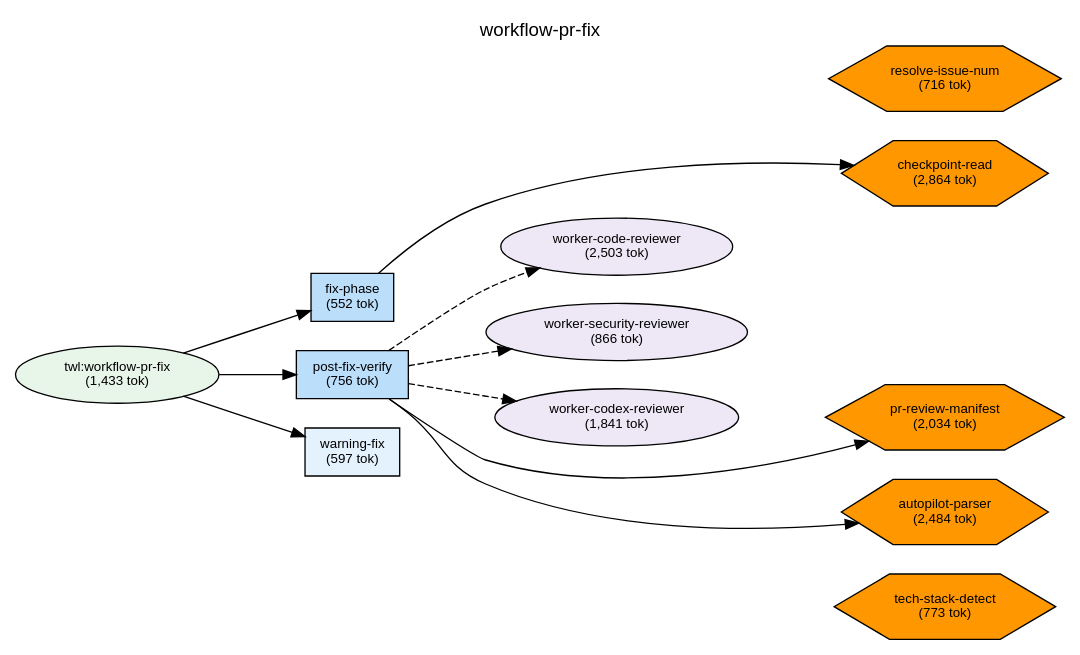
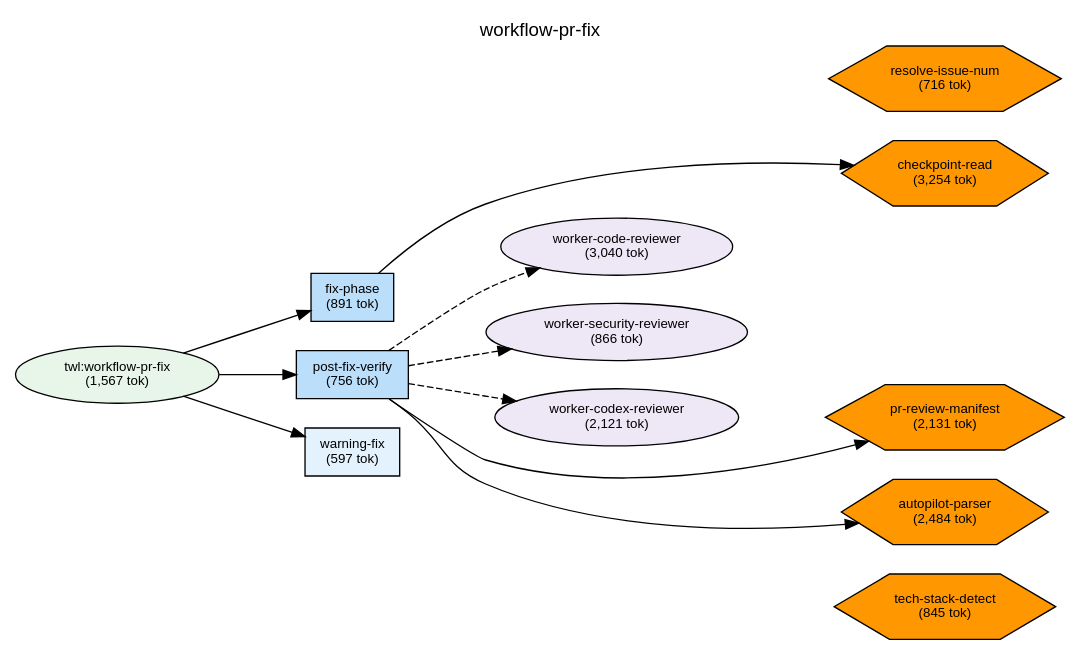
Before and after one commit to shuu5/twill: the diagram in plugins/twl/docs/deps-workflow-pr-fix.dot, drawn with Graphviz. The commit also changed 41 other files, not shown here.

```diff
--- a/plugins/twl/docs/deps-workflow-pr-fix.dot
+++ b/plugins/twl/docs/deps-workflow-pr-fix.dot
@@ -1,73 +1,73 @@
 digraph Dependencies {
     // Graph settings
     rankdir=LR;
     ranksep=0.8;
     nodesep=0.3;
     fontname="Helvetica";
     node [fontname="Helvetica", fontsize=10];
     edge [fontname="Helvetica", fontsize=9];
     label="workflow-pr-fix";
     labelloc=t;
     fontsize=14;
 
     // L0: Controller Skills
 
     // L0: Launchers
 
     // L0.5: Workflow Skills
-    skill_workflow_pr_fix [label="twl:workflow-pr-fix\n(1,433 tok)", shape=ellipse, style=filled, fillcolor="#e8f5e9"];
+    skill_workflow_pr_fix [label="twl:workflow-pr-fix\n(1,567 tok)", shape=ellipse, style=filled, fillcolor="#e8f5e9"];
 
     // Reference Skills
 
     // L1: Direct Commands
     cmd_post_fix_verify [label="post-fix-verify\n(756 tok)", shape=box, style=filled, fillcolor="#bbdefb"];
     cmd_warning_fix [label="warning-fix\n(597 tok)", shape=box, style=filled, fillcolor="#e3f2fd"];
-    cmd_fix_phase [label="fix-phase\n(552 tok)", shape=box, style=filled, fillcolor="#bbdefb"];
+    cmd_fix_phase [label="fix-phase\n(891 tok)", shape=box, style=filled, fillcolor="#bbdefb"];
 
     // L2: Sub Commands
 
     // L3: Agents
-    agent_worker_codex_reviewer [label="worker-codex-reviewer\n(1,841 tok)", shape=ellipse, style=filled, fillcolor="#ede7f6"];
-    agent_worker_code_reviewer [label="worker-code-reviewer\n(2,503 tok)", shape=ellipse, style=filled, fillcolor="#ede7f6"];
+    agent_worker_codex_reviewer [label="worker-codex-reviewer\n(2,121 tok)", shape=ellipse, style=filled, fillcolor="#ede7f6"];
+    agent_worker_code_reviewer [label="worker-code-reviewer\n(3,040 tok)", shape=ellipse, style=filled, fillcolor="#ede7f6"];
     agent_worker_security_reviewer [label="worker-security-reviewer\n(866 tok)", shape=ellipse, style=filled, fillcolor="#ede7f6"];
 
     // L3.5: Scripts
-    script_tech_stack_detect [label="tech-stack-detect\n(773 tok)", shape=hexagon, style=filled, fillcolor="#FF9800"];
+    script_tech_stack_detect [label="tech-stack-detect\n(845 tok)", shape=hexagon, style=filled, fillcolor="#FF9800"];
     script_autopilot_parser [label="autopilot-parser\n(2,484 tok)", shape=hexagon, style=filled, fillcolor="#FF9800"];
     script_resolve_issue_num [label="resolve-issue-num\n(716 tok)", shape=hexagon, style=filled, fillcolor="#FF9800"];
-    script_pr_review_manifest [label="pr-review-manifest\n(2,034 tok)", shape=hexagon, style=filled, fillcolor="#FF9800"];
-    script_checkpoint_read [label="checkpoint-read\n(2,864 tok)", shape=hexagon, style=filled, fillcolor="#FF9800"];
+    script_pr_review_manifest [label="pr-review-manifest\n(2,131 tok)", shape=hexagon, style=filled, fillcolor="#FF9800"];
+    script_checkpoint_read [label="checkpoint-read\n(3,254 tok)", shape=hexagon, style=filled, fillcolor="#FF9800"];
 
     // L4: External
 
     // Layer constraints
     { rank=same; skill_workflow_pr_fix; }
     { rank=same; cmd_post_fix_verify; cmd_warning_fix; cmd_fix_phase; }
     { rank=same; agent_worker_codex_reviewer; agent_worker_code_reviewer; agent_worker_security_reviewer; }
     { rank=same; script_tech_stack_detect; script_autopilot_parser; script_resolve_issue_num; script_pr_review_manifest; script_checkpoint_read; }
 
     // Edges
     skill_workflow_pr_fix -> cmd_fix_phase;
     skill_workflow_pr_fix -> cmd_post_fix_verify;
     skill_workflow_pr_fix -> cmd_warning_fix;
     cmd_post_fix_verify -> agent_worker_code_reviewer [style=dashed];
     cmd_post_fix_verify -> agent_worker_security_reviewer [style=dashed];
     cmd_post_fix_verify -> agent_worker_codex_reviewer [style=dashed];
     cmd_post_fix_verify -> script_pr_review_manifest;
     cmd_post_fix_verify -> script_autopilot_parser;
     cmd_fix_phase -> script_checkpoint_read;
 
     // Ordering constraints (invisible edges)
     cmd_fix_phase -> cmd_post_fix_verify [style=invis, weight=10];
     cmd_post_fix_verify -> cmd_warning_fix [style=invis, weight=10];
     agent_worker_code_reviewer -> agent_worker_security_reviewer [style=invis, weight=10];
     agent_worker_security_reviewer -> agent_worker_codex_reviewer [style=invis, weight=10];
     agent_worker_codex_reviewer -> script_pr_review_manifest [style=invis, weight=10];
     script_pr_review_manifest -> script_autopilot_parser [style=invis, weight=10];
     script_autopilot_parser -> script_tech_stack_detect [style=invis, weight=10];
     agent_worker_code_reviewer -> agent_worker_security_reviewer [style=invis, weight=10];
     script_pr_review_manifest -> script_autopilot_parser [style=invis, weight=10];
     script_autopilot_parser -> script_tech_stack_detect [style=invis, weight=10];
     agent_worker_code_reviewer -> agent_worker_security_reviewer [style=invis, weight=10];
 
 }
```
